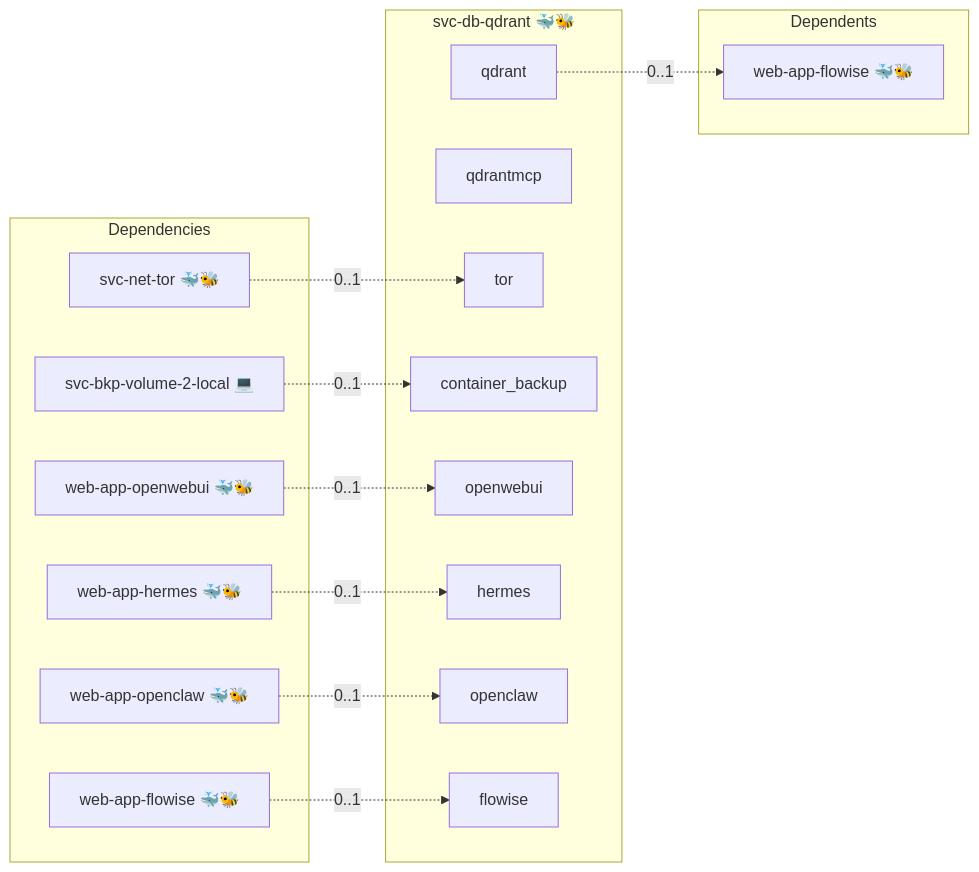
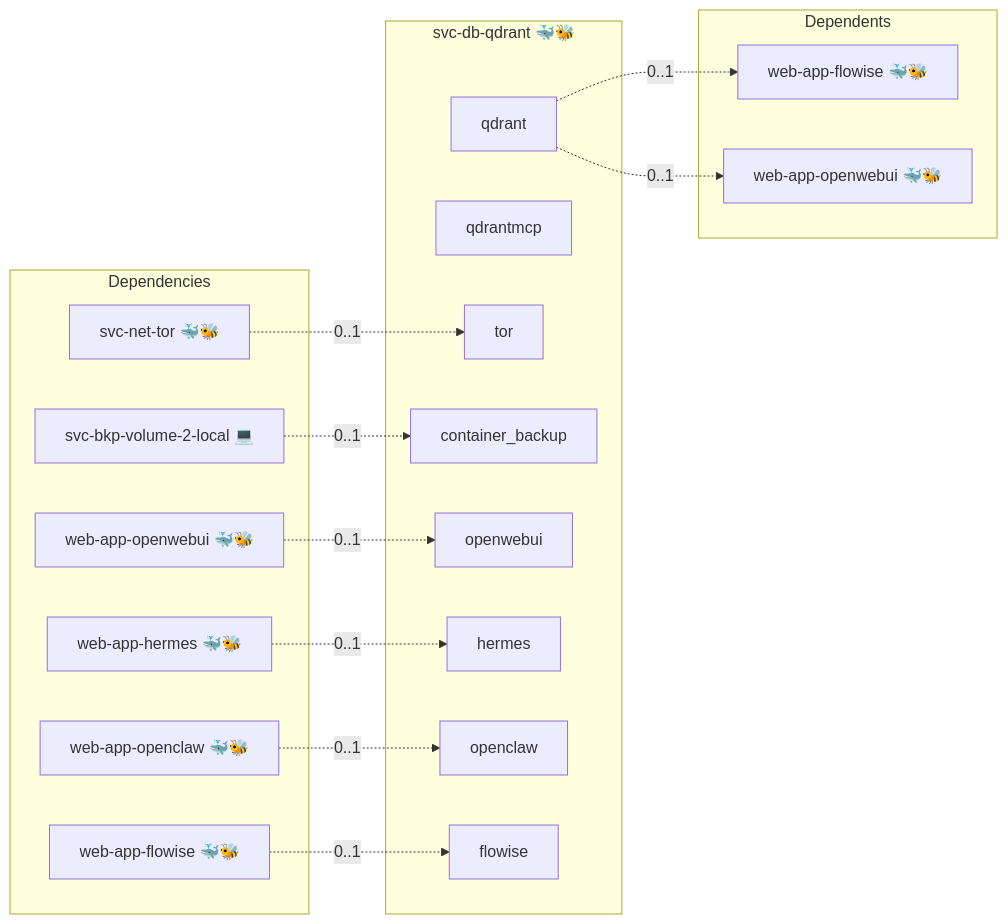
Before and after one commit to infinito-nexus/core: the diagram in roles/svc-db-qdrant/README.md, drawn with Mermaid. The commit also changed 41 other files, not shown here.

````diff
--- a/roles/svc-db-qdrant/README.md
+++ b/roles/svc-db-qdrant/README.md
@@ -19,31 +19,33 @@
 ```mermaid
 flowchart LR
     subgraph deps [Dependencies]
         dep_svc_bkp_volume_2_local["svc-bkp-volume-2-local 💻"]
         dep_svc_net_tor["svc-net-tor 🐳🐝"]
         dep_web_app_flowise["web-app-flowise 🐳🐝"]
         dep_web_app_hermes["web-app-hermes 🐳🐝"]
         dep_web_app_openclaw["web-app-openclaw 🐳🐝"]
         dep_web_app_openwebui["web-app-openwebui 🐳🐝"]
     end
     subgraph role [svc-db-qdrant 🐳🐝]
         svc_qdrant["qdrant"]
         svc_qdrantmcp["qdrantmcp"]
         svc_tor["tor"]
         svc_container_backup["container_backup"]
         svc_openwebui["openwebui"]
         svc_hermes["hermes"]
         svc_openclaw["openclaw"]
         svc_flowise["flowise"]
     end
     subgraph dependents [Dependents]
         dpt_web_app_flowise["web-app-flowise 🐳🐝"]
+        dpt_web_app_openwebui["web-app-openwebui 🐳🐝"]
     end
     dep_svc_bkp_volume_2_local -. "0..1" .-> svc_container_backup
     dep_svc_net_tor -. "0..1" .-> svc_tor
     dep_web_app_flowise -. "0..1" .-> svc_flowise
     dep_web_app_hermes -. "0..1" .-> svc_hermes
     dep_web_app_openclaw -. "0..1" .-> svc_openclaw
     dep_web_app_openwebui -. "0..1" .-> svc_openwebui
     svc_qdrant -. "0..1" .-> dpt_web_app_flowise
+    svc_qdrant -. "0..1" .-> dpt_web_app_openwebui
 ```
````
